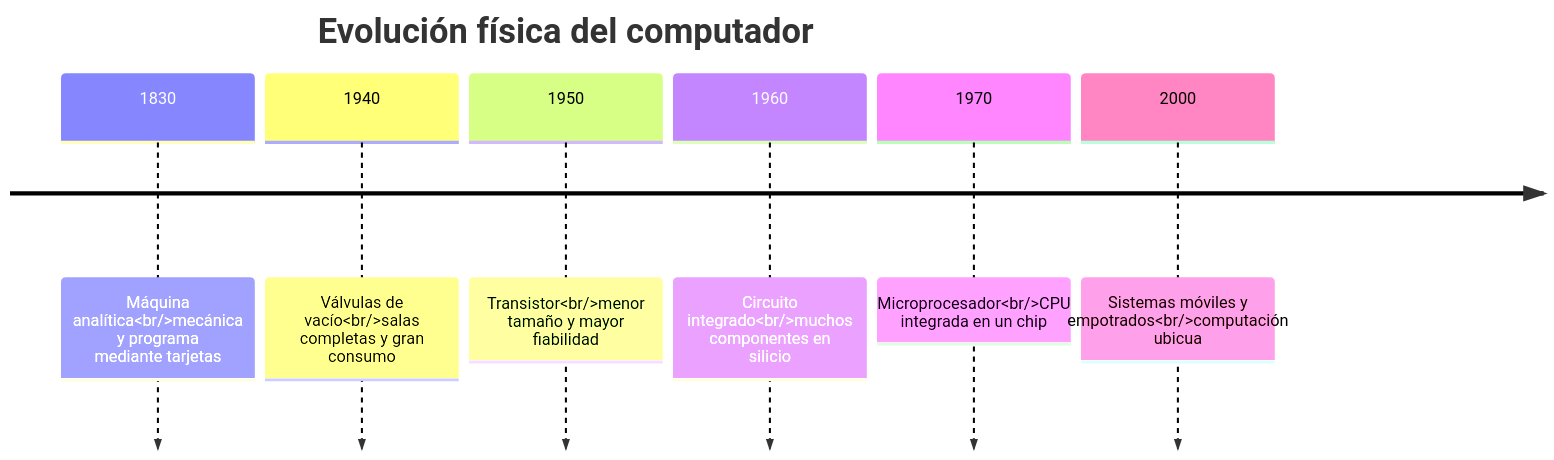
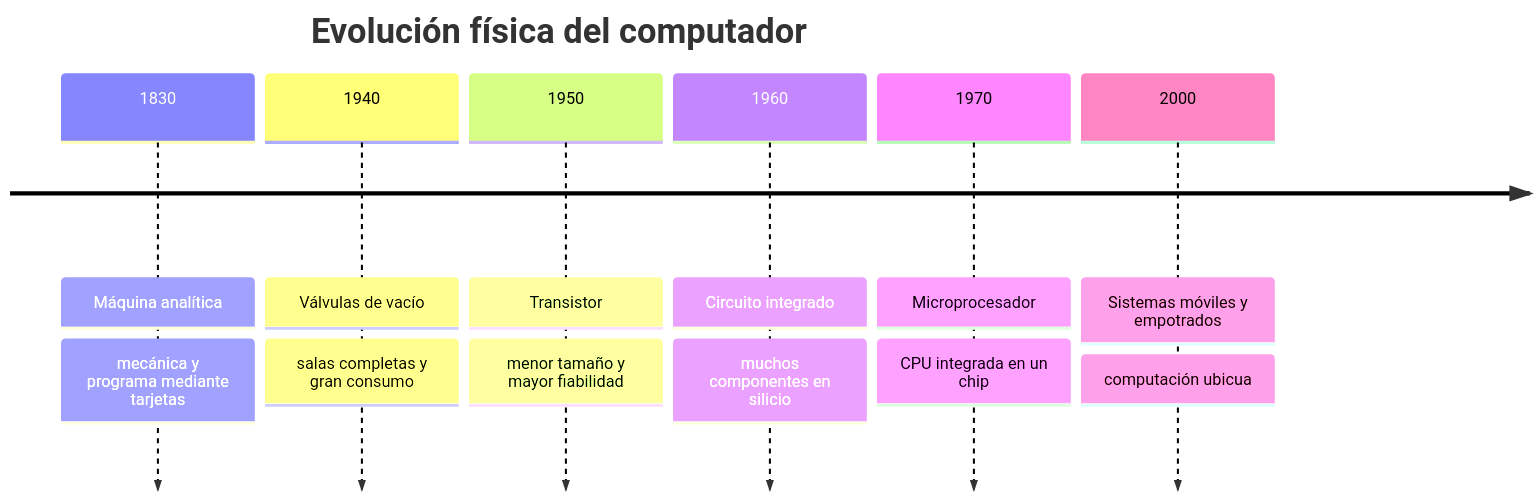
The sixth of 6 diagrams in TEORIA/01-introduccion-a-los-sistemas-operativos/README.md (asiermarzo/ssoo), drawn with Mermaid before and after one commit. The commit also changed other lines of this file and 13 other files, not shown here.

````diff
--- a/TEORIA/01-introduccion-a-los-sistemas-operativos/README.md
+++ b/TEORIA/01-introduccion-a-los-sistemas-operativos/README.md
@@ -409,10 +479,10 @@
 ```mermaid
 timeline
     title Evolución física del computador
-    1830 : Máquina analítica<br/>mecánica y programa mediante tarjetas
-    1940 : Válvulas de vacío<br/>salas completas y gran consumo
-    1950 : Transistor<br/>menor tamaño y mayor fiabilidad
-    1960 : Circuito integrado<br/>muchos componentes en silicio
-    1970 : Microprocesador<br/>CPU integrada en un chip
-    2000 : Sistemas móviles y empotrados<br/>computación ubicua
+    1830 : Máquina analítica : mecánica y programa mediante tarjetas
+    1940 : Válvulas de vacío : salas completas y gran consumo
+    1950 : Transistor : menor tamaño y mayor fiabilidad
+    1960 : Circuito integrado : muchos componentes en silicio
+    1970 : Microprocesador : CPU integrada en un chip
+    2000 : Sistemas móviles y empotrados : computación ubicua
 ```
````
